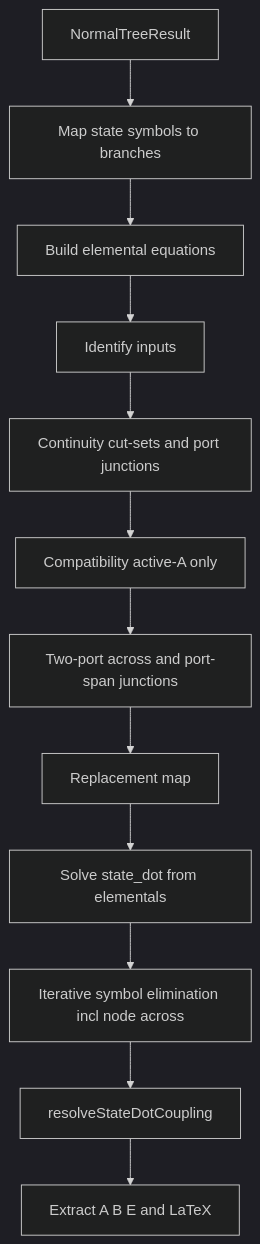
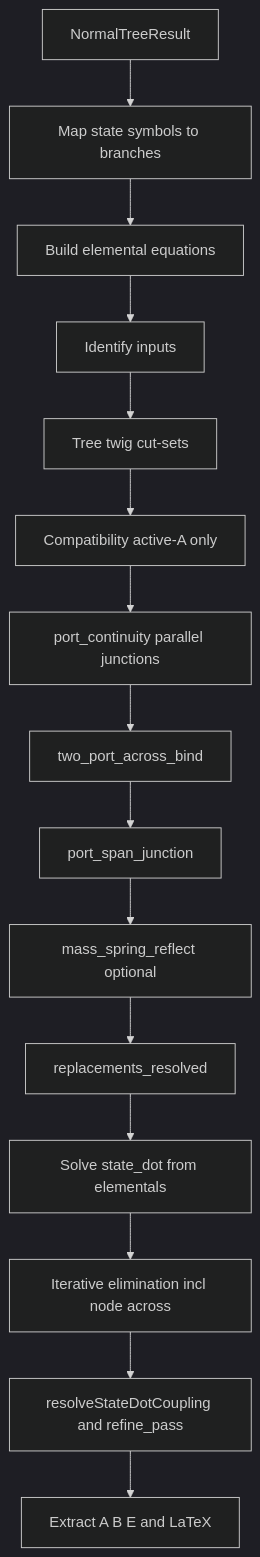
One commit to FurkanKaraketir/LGM changed the diagram in docs/state_space_from_normal_tree.md. Above: the diagram before and after it, drawn with Mermaid (dark theme). The commit also changed other lines of this file and 35 other files, not shown here.

````diff
--- a/docs/state_space_from_normal_tree.md
+++ b/docs/state_space_from_normal_tree.md
@@ -26,14 +28,17 @@
 ```mermaid
 flowchart TD
     normalTree[NormalTreeResult] --> mapStates[Map state symbols to branches]
     mapStates --> elementals[Build elemental equations]
     elementals --> inputs[Identify inputs]
-    inputs --> continuity[Continuity cut-sets and port junctions]
-    continuity --> compat[Compatibility active-A only]
-    compat --> twoPort[Two-port across and port-span junctions]
-    twoPort --> replacements[Replacement map]
+    inputs --> cuts[Tree twig cut-sets]
+    cuts --> compat[Compatibility active-A only]
+    compat --> portCont[port_continuity parallel junctions]
+    portCont --> twoPortAcross[two_port_across_bind]
+    twoPortAcross --> portSpan[port_span_junction]
+    portSpan --> massSpring[mass_spring_reflect optional]
+    massSpring --> replacements[replacements_resolved]
     replacements --> stateDots[Solve state_dot from elementals]
-    stateDots --> eliminate[Iterative symbol elimination incl node across]
-    eliminate --> coupling[resolveStateDotCoupling]
+    stateDots --> eliminate[Iterative elimination incl node across]
+    eliminate --> coupling[resolveStateDotCoupling and refine_pass]
     coupling --> matrix[Extract A B E and LaTeX]
 ```
````
